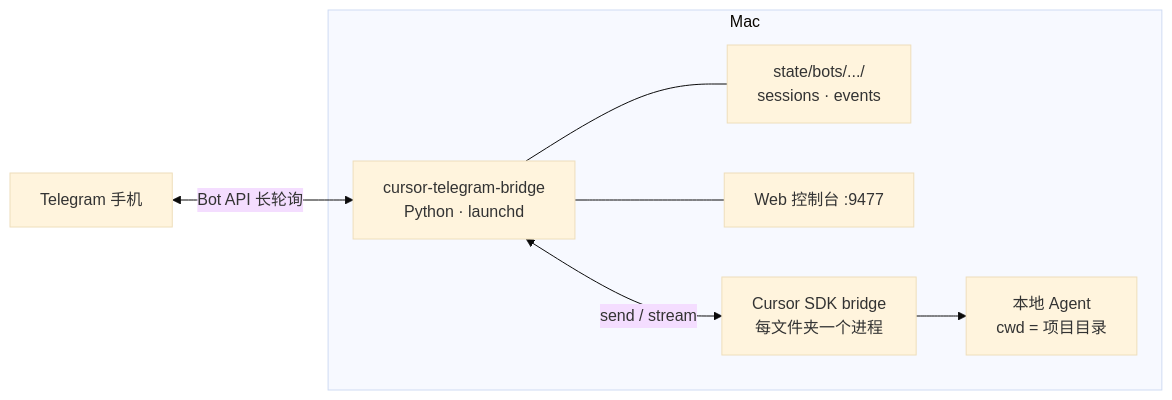
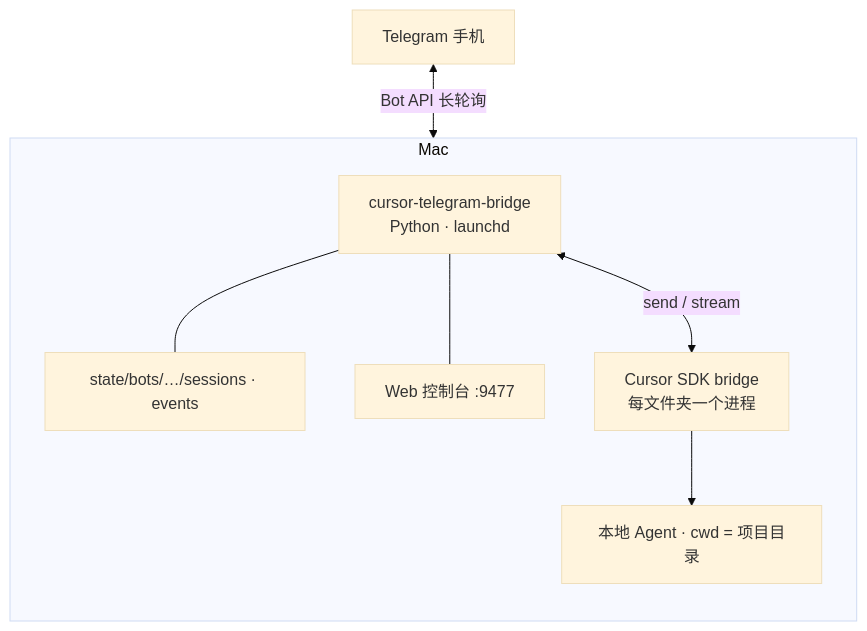
The diagram in README.md (AmazingDraw/cursor-telegram-bridge), drawn with Mermaid (base theme) before and after one commit.

Commit message:
docs: stack README architecture diagram top-to-bottom

````diff
--- a/README.md
+++ b/README.md
@@ -9,19 +9,20 @@
 ```mermaid
-flowchart LR
+flowchart TB
   phone["Telegram 手机"]
 
   subgraph mac ["Mac"]
+    direction TB
     bot["cursor-telegram-bridge<br/>Python · launchd"]
-    state["state/bots/.../<br/>sessions · events"]
+    state["state/bots/…/sessions · events"]
     web["Web 控制台 :9477"]
     sdk["Cursor SDK bridge<br/>每文件夹一个进程"]
-    agent["本地 Agent<br/>cwd = 项目目录"]
+    agent["本地 Agent · cwd = 项目目录"]
 
     bot --- state
     bot --- web
     bot <-->|"send / stream"| sdk
     sdk --> agent
   end
 
   phone <-->|"Bot API 长轮询"| bot
 ```
````
